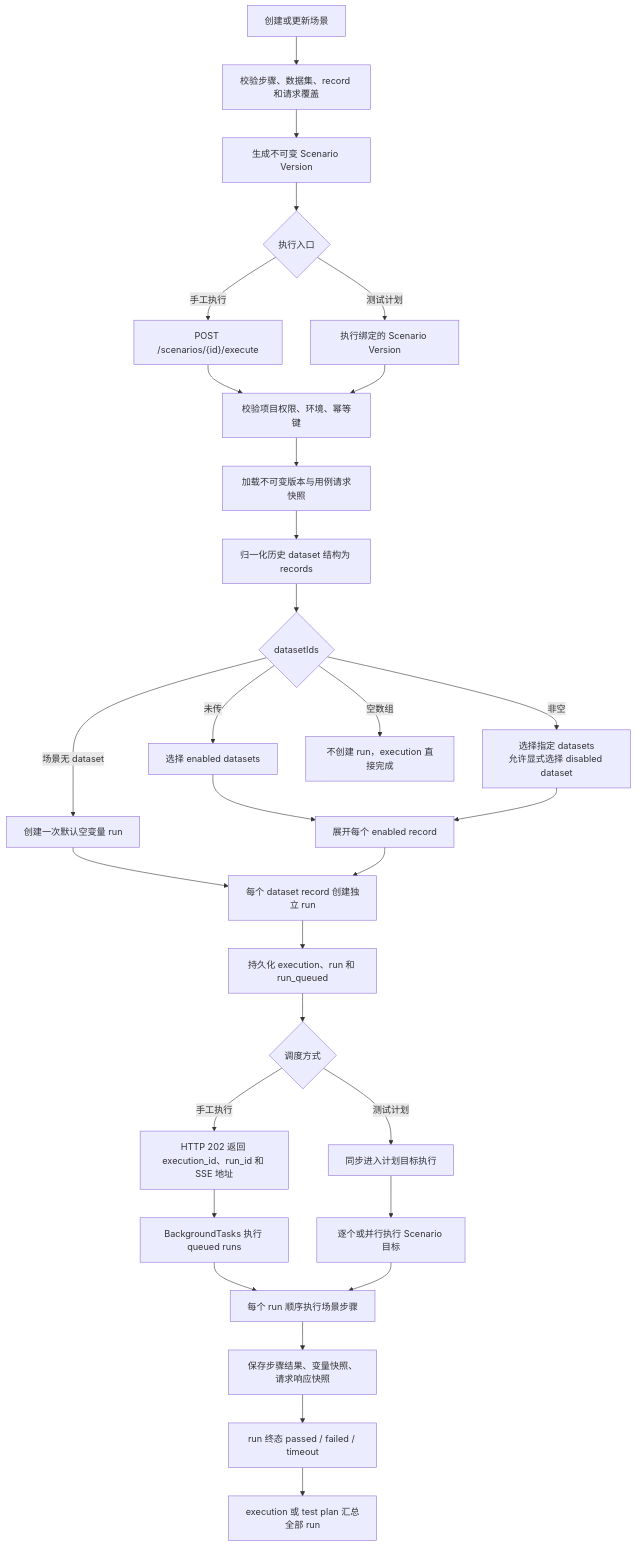
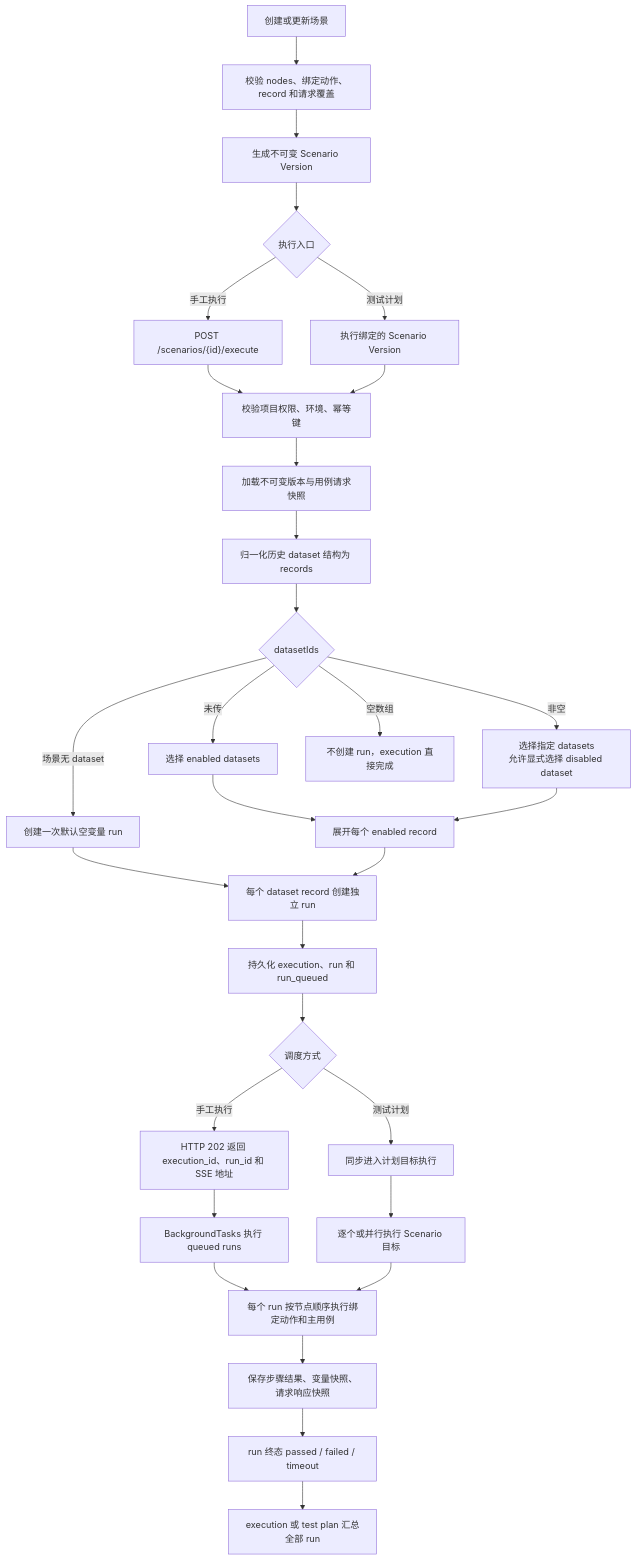
Before and after one commit to hl8951593-design/test_platform_backend: the first of 5 diagrams in docs/scenario_execution_graph.md, drawn with Mermaid. The commit also changed other lines of this file and 38 other files, not shown here.

````diff
--- a/docs/scenario_execution_graph.md
+++ b/docs/scenario_execution_graph.md
@@ -8,38 +8,38 @@
 ```mermaid
 flowchart TD
-    A["创建或更新场景"] --> B["校验步骤、数据集、record 和请求覆盖"]
+    A["创建或更新场景"] --> B["校验 nodes、绑定动作、record 和请求覆盖"]
     B --> C["生成不可变 Scenario Version"]
 
     C --> D{"执行入口"}
     D -->|"手工执行"| E["POST /scenarios/{id}/execute"]
     D -->|"测试计划"| F["执行绑定的 Scenario Version"]
 
     E --> G["校验项目权限、环境、幂等键"]
     F --> G
     G --> H["加载不可变版本与用例请求快照"]
     H --> I["归一化历史 dataset 结构为 records"]
     I --> J{"datasetIds"}
 
     J -->|"未传"| K["选择 enabled datasets"]
     J -->|"非空"| L["选择指定 datasets<br/>允许显式选择 disabled dataset"]
     J -->|"空数组"| M["不创建 run，execution 直接完成"]
     J -->|"场景无 dataset"| N["创建一次默认空变量 run"]
 
     K --> O["展开每个 enabled record"]
     L --> O
     N --> P["每个 dataset record 创建独立 run"]
     O --> P
 
     P --> Q["持久化 execution、run 和 run_queued"]
     Q --> R{"调度方式"}
     R -->|"手工执行"| S["HTTP 202 返回 execution_id、run_id 和 SSE 地址"]
     R -->|"测试计划"| T["同步进入计划目标执行"]
     S --> U["BackgroundTasks 执行 queued runs"]
     T --> V["逐个或并行执行 Scenario 目标"]
-    U --> W["每个 run 顺序执行场景步骤"]
+    U --> W["每个 run 按节点顺序执行绑定动作和主用例"]
     V --> W
 
     W --> X["保存步骤结果、变量快照、请求响应快照"]
     X --> Y["run 终态 passed / failed / timeout"]
     Y --> Z["execution 或 test plan 汇总全部 run"]
 ```
````
